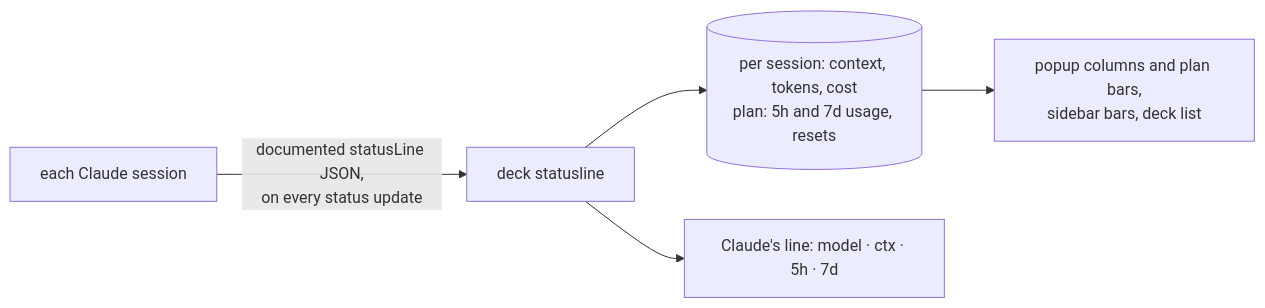
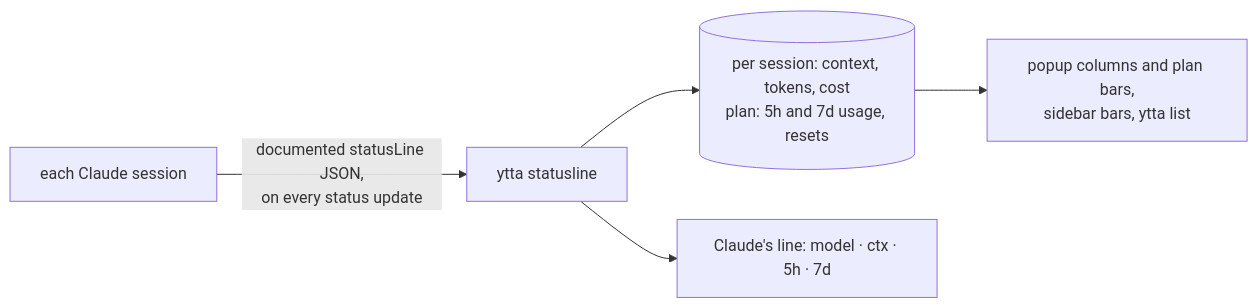
One commit to arisros/tmux-agent-deck changed the third of 4 diagrams in README.md. Above: the diagram before and after it, drawn with Mermaid. The commit also changed other lines of this file and 47 other files, not shown here.

First line of the commit message:
refactor!: rename tmux-agent-deck to ytta

````diff
--- a/README.md
+++ b/README.md
@@ -188,7 +188,7 @@
 ```mermaid
 flowchart LR
-  C[each Claude session] -->|documented statusLine JSON,<br/>on every status update| D[deck statusline]
+  C[each Claude session] -->|documented statusLine JSON,<br/>on every status update| D[ytta statusline]
   D --> U[(per session: context, tokens, cost<br/>plan: 5h and 7d usage, resets)]
   D --> L[Claude's line: model · ctx · 5h · 7d]
-  U --> V[popup columns and plan bars,<br/>sidebar bars, deck list]
+  U --> V[popup columns and plan bars,<br/>sidebar bars, ytta list]
 ```
````
